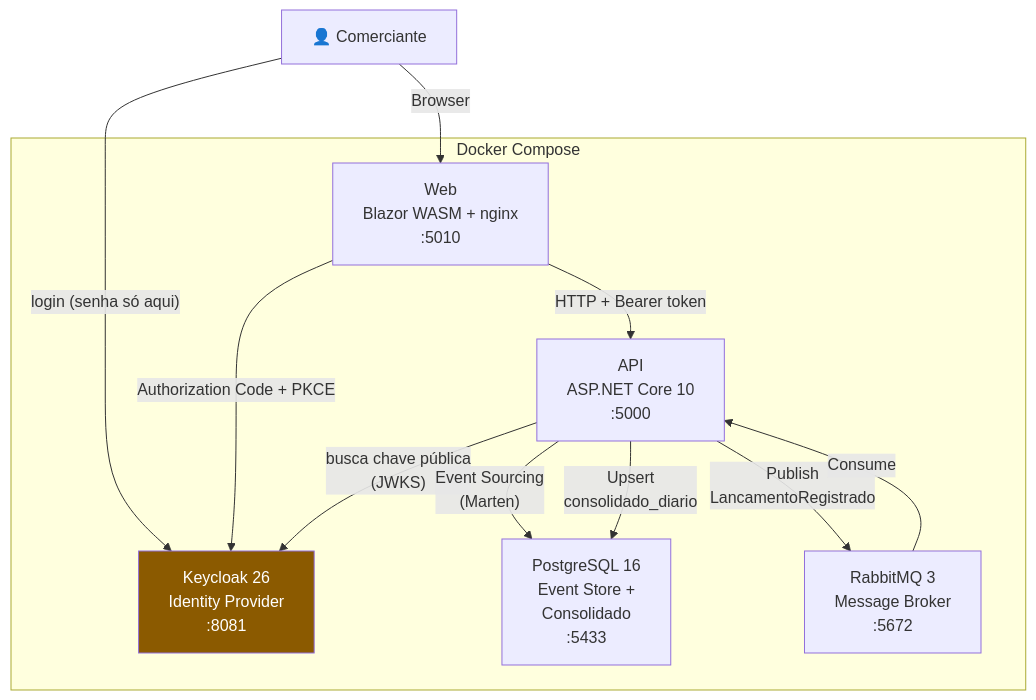
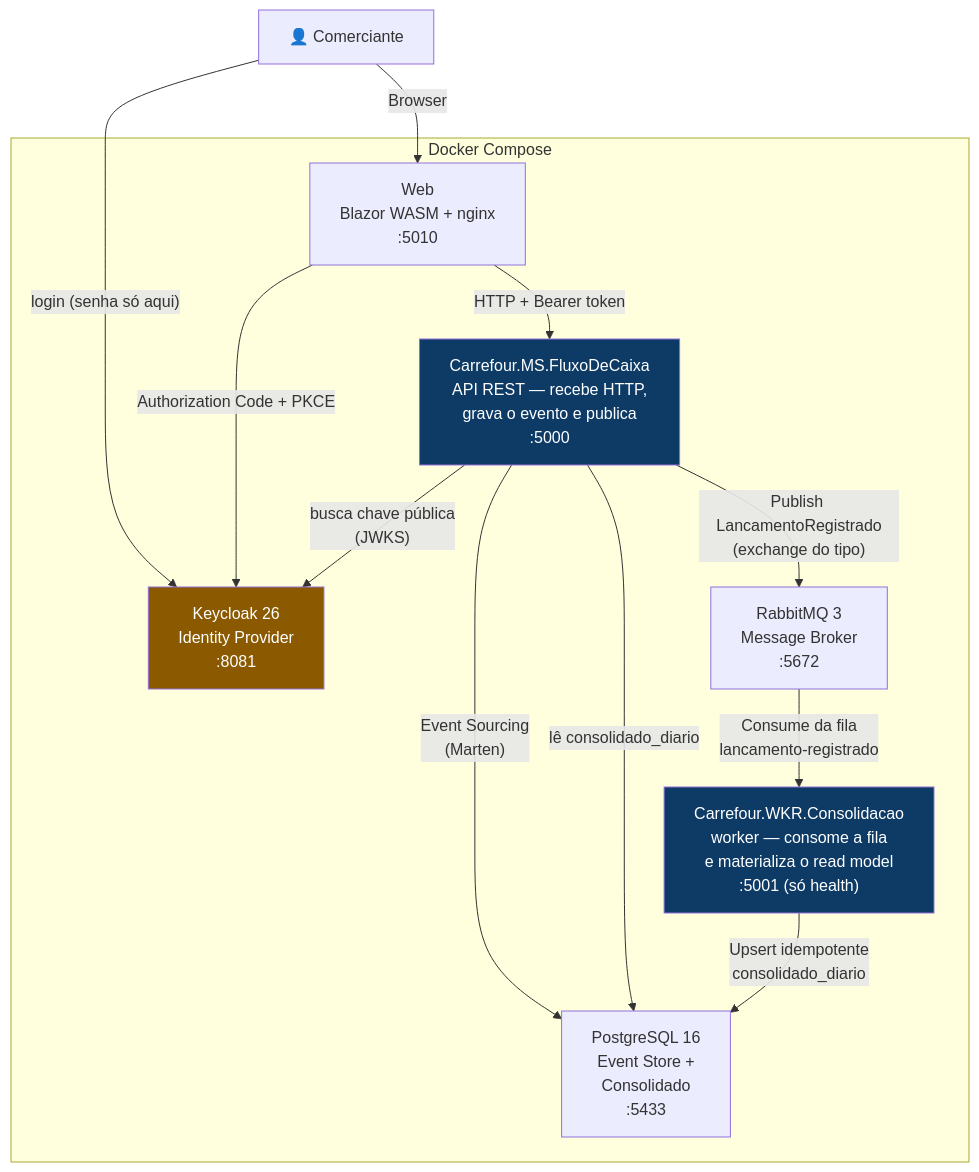
One commit to cassio4ntunes-sudo/desafio_arquitetura_solucoes changed the second of 5 diagrams in ARCHITECTURE.md. Above: the diagram before and after it, drawn with Mermaid. The commit also changed other lines of this file and 139 other files, not shown here.

````diff
--- a/ARCHITECTURE.md
+++ b/ARCHITECTURE.md
@@ -27,22 +27,26 @@
 ```mermaid
 graph TB
     subgraph "Docker Compose"
         Web["Web<br/>Blazor WASM + nginx<br/>:5010"]
         KC["Keycloak 26<br/>Identity Provider<br/>:8081"]
-        API["API<br/>ASP.NET Core 10<br/>:5000"]
+        MS["Carrefour.MS.FluxoDeCaixa<br/>API REST — recebe HTTP,<br/>grava o evento e publica<br/>:5000"]
+        WKR["Carrefour.WKR.Consolidacao<br/>worker — consome a fila<br/>e materializa o read model<br/>:5001 (só health)"]
         PG["PostgreSQL 16<br/>Event Store +<br/>Consolidado<br/>:5433"]
         RMQ["RabbitMQ 3<br/>Message Broker<br/>:5672"]
     end
 
     Comerciante["👤 Comerciante"] -->|"Browser"| Web
     Comerciante -->|"login (senha só aqui)"| KC
     Web -->|"Authorization Code + PKCE"| KC
-    Web -->|"HTTP + Bearer token"| API
-    API -->|"busca chave pública<br/>(JWKS)"| KC
-    API -->|"Event Sourcing<br/>(Marten)"| PG
-    API -->|"Publish<br/>LancamentoRegistrado"| RMQ
-    RMQ -->|"Consume"| API
-    API -->|"Upsert<br/>consolidado_diario"| PG
+    Web -->|"HTTP + Bearer token"| MS
+    MS -->|"busca chave pública<br/>(JWKS)"| KC
+    MS -->|"Event Sourcing<br/>(Marten)"| PG
+    MS -->|"Publish LancamentoRegistrado<br/>(exchange do tipo)"| RMQ
+    MS -->|"lê consolidado_diario"| PG
+    RMQ -->|"Consume da fila<br/>lancamento-registrado"| WKR
+    WKR -->|"Upsert idempotente<br/>consolidado_diario"| PG
 
     style KC fill:#8b5a00,color:#fff
+    style MS fill:#0d3b66,color:#fff
+    style WKR fill:#0d3b66,color:#fff
 ```
````
